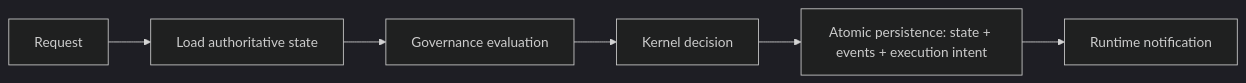
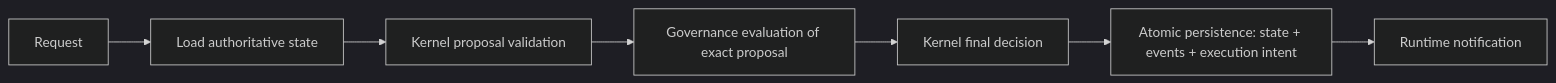
Before and after one commit to Node-Features/company-os: the diagram in docs/architecture/application.md, drawn with Mermaid (dark theme). The commit also changed other lines of this file, not shown here.

Commit message:
docs: define two-stage command validation

````diff
--- a/docs/architecture/application.md
+++ b/docs/architecture/application.md
@@ -11,8 +11,9 @@
 ```mermaid
 flowchart LR
     Request[Request] --> Load[Load authoritative state]
-    Load --> Governance[Governance evaluation]
-    Governance --> Kernel[Kernel decision]
-    Kernel --> Commit[Atomic persistence: state + events + execution intent]
+    Load --> Proposal[Kernel proposal validation]
+    Proposal --> Governance[Governance evaluation of exact proposal]
+    Governance --> Final[Kernel final decision]
+    Final --> Commit[Atomic persistence: state + events + execution intent]
     Commit --> Notify[Runtime notification]
 ```
````
